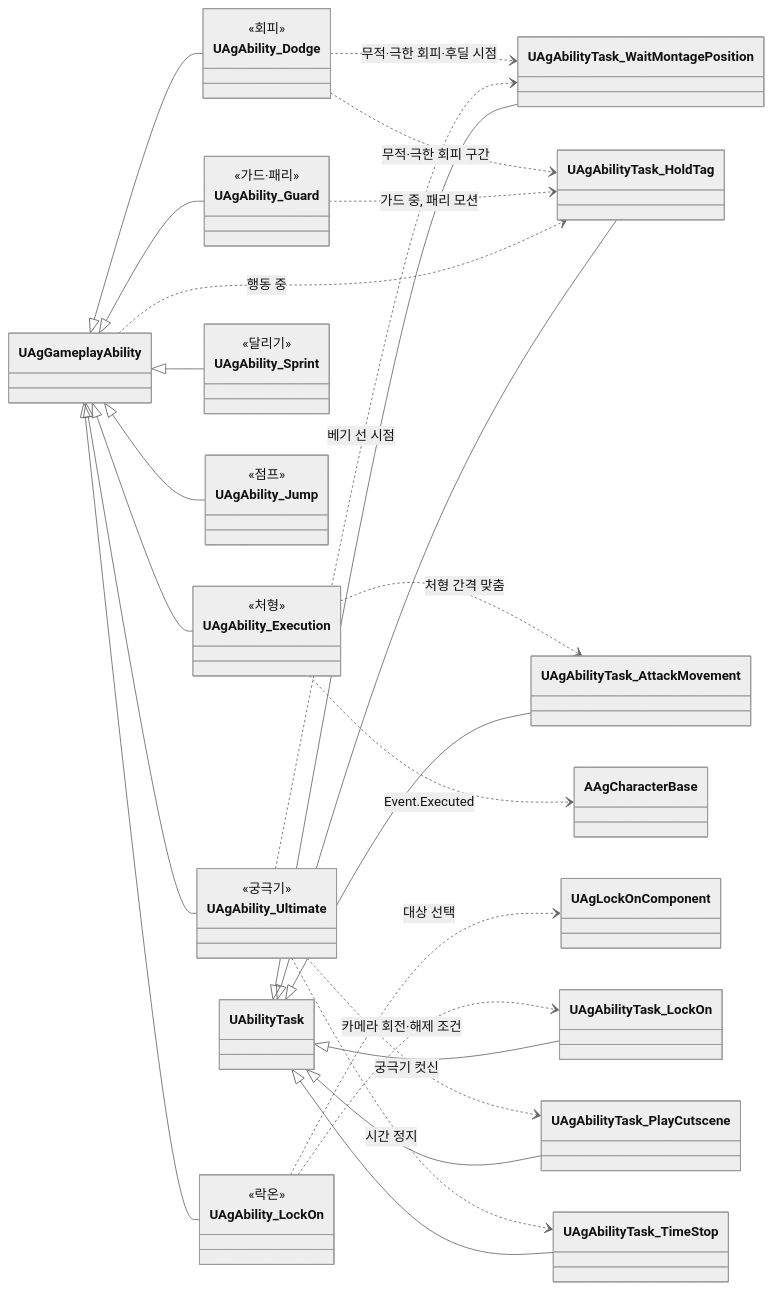
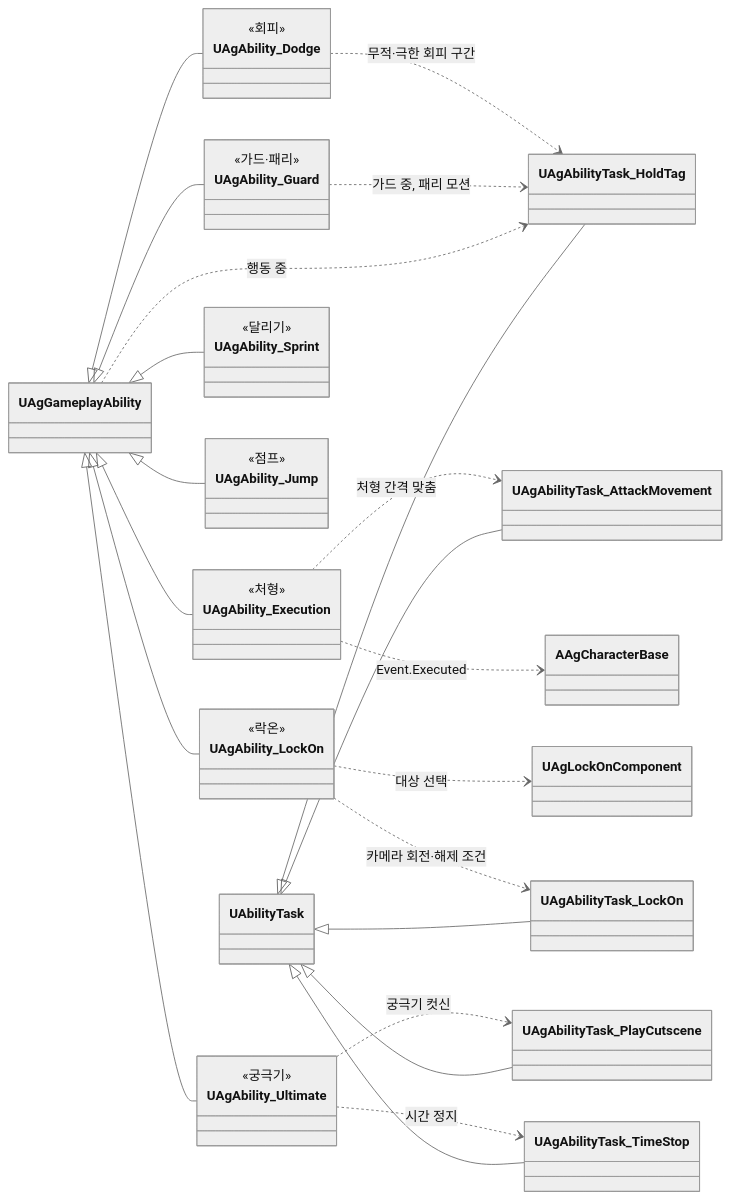
The third of 5 diagrams in Docs/Program/캐릭터와 GAS.md (Woogl/Ag), drawn with Mermaid (neutral theme) before and after one commit. The commit also changed other lines of this file and 59 other files, not shown here.

````diff
--- a/Docs/Program/캐릭터와 GAS.md
+++ b/Docs/Program/캐릭터와 GAS.md
@@ -143,50 +142,47 @@
 ```mermaid
 classDiagram
     direction LR
     class UAgAbility_Dodge {
         <<회피>>
     }
     class UAgAbility_Guard {
         <<가드·패리>>
     }
     class UAgAbility_Execution {
         <<처형>>
     }
     class UAgAbility_Sprint {
         <<달리기>>
     }
     class UAgAbility_Jump {
         <<점프>>
     }
     class UAgAbility_LockOn {
         <<락온>>
     }
     class UAgAbility_Ultimate {
         <<궁극기>>
     }
     UAgGameplayAbility <|-- UAgAbility_Dodge
     UAgGameplayAbility <|-- UAgAbility_Guard
     UAgGameplayAbility <|-- UAgAbility_Execution
     UAgGameplayAbility <|-- UAgAbility_Sprint
     UAgGameplayAbility <|-- UAgAbility_Jump
     UAgGameplayAbility <|-- UAgAbility_LockOn
     UAgGameplayAbility <|-- UAgAbility_Ultimate
 
     UAgAbility_Execution ..> UAgAbilityTask_AttackMovement : 처형 간격 맞춤
-    UAgAbility_Dodge ..> UAgAbilityTask_WaitMontagePosition : 무적·극한 회피·후딜 시점
     UAgAbility_Dodge ..> UAgAbilityTask_HoldTag : 무적·극한 회피 구간
     UAgAbility_Guard ..> UAgAbilityTask_HoldTag : 가드 중, 패리 모션
     UAgGameplayAbility ..> UAgAbilityTask_HoldTag : 행동 중
     UAgAbility_Execution ..> AAgCharacterBase : Event.Executed
     UAgAbility_LockOn ..> UAgLockOnComponent : 대상 선택
     UAgAbility_LockOn ..> UAgAbilityTask_LockOn : 카메라 회전·해제 조건
     UAgAbility_Ultimate ..> UAgAbilityTask_PlayCutscene : 궁극기 컷신
-    UAgAbility_Ultimate ..> UAgAbilityTask_WaitMontagePosition : 베기 선 시점
     UAgAbility_Ultimate ..> UAgAbilityTask_TimeStop : 시간 정지
-    UAbilityTask <|-- UAgAbilityTask_WaitMontagePosition
     UAbilityTask <|-- UAgAbilityTask_LockOn
     UAbilityTask <|-- UAgAbilityTask_PlayCutscene
     UAbilityTask <|-- UAgAbilityTask_TimeStop
     UAbilityTask <|-- UAgAbilityTask_AttackMovement
     UAbilityTask <|-- UAgAbilityTask_HoldTag
 ```
````
